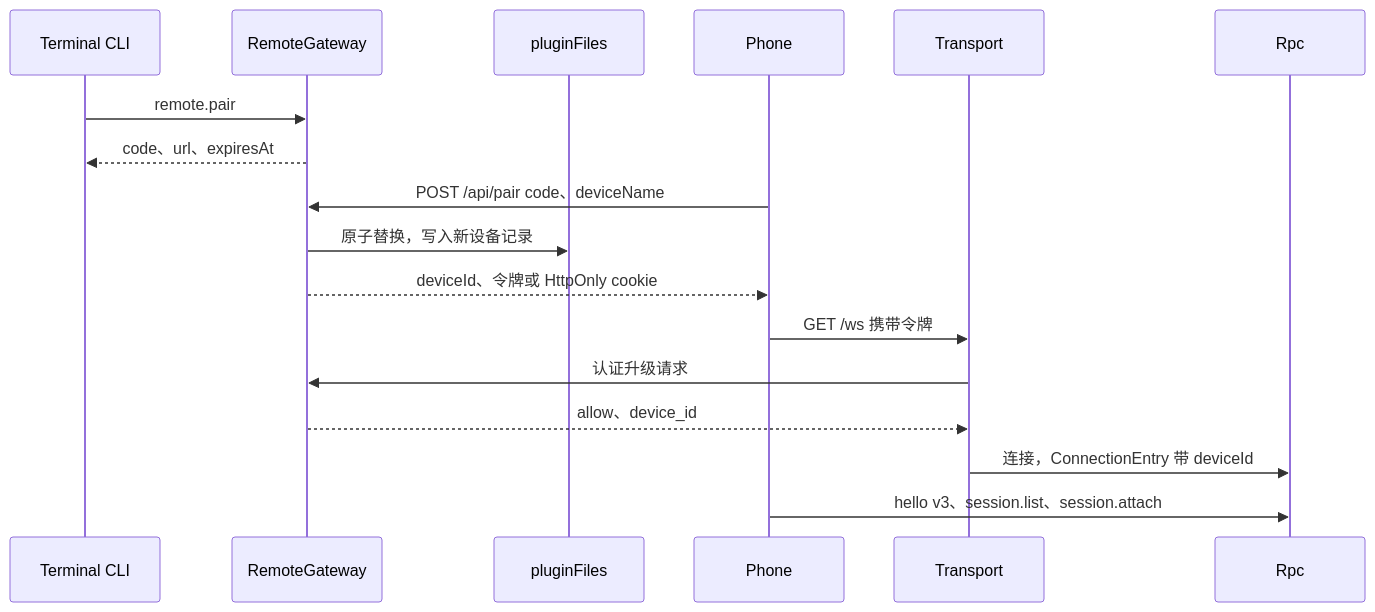
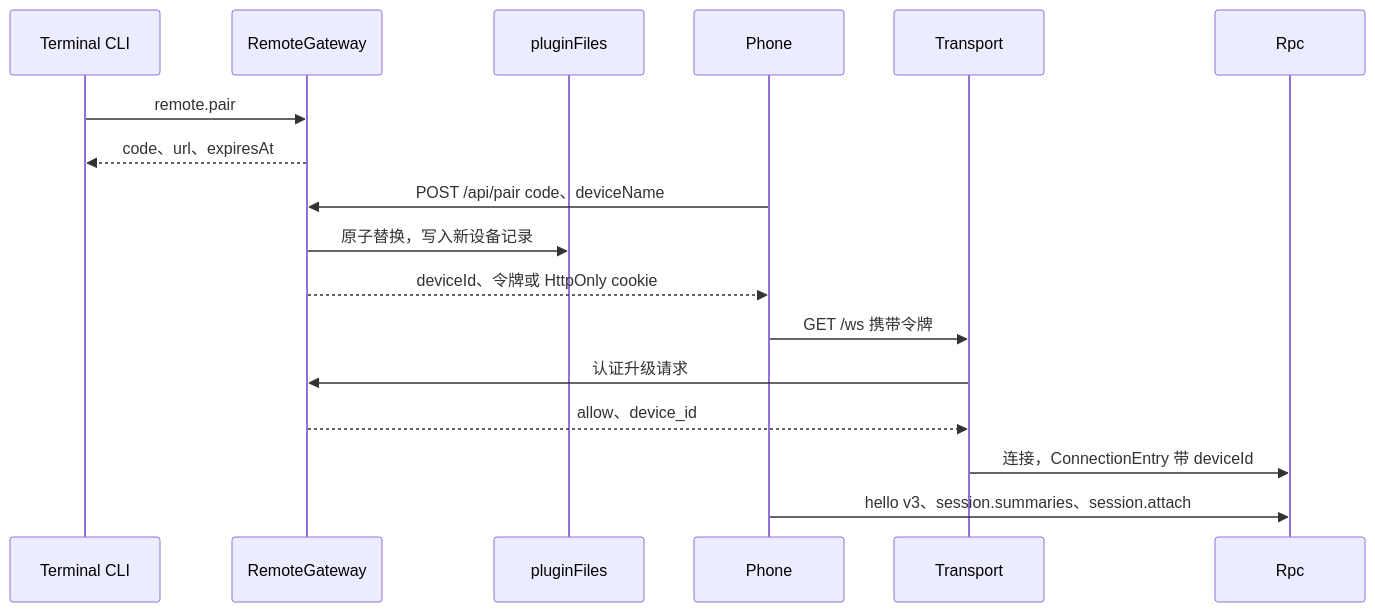
One commit to CoutinhoTTS/dim-agent changed the third of 6 diagrams in docs/zh/design/plugins/RemoteGateway.md. Above: the diagram before and after it, drawn with Mermaid. The commit also changed 50 other files, not shown here.

First line of the commit message:
Remove the unpaged session.list method

````diff
--- a/docs/zh/design/plugins/RemoteGateway.md
+++ b/docs/zh/design/plugins/RemoteGateway.md
@@ -80,19 +80,19 @@
 ```mermaid
 sequenceDiagram
   participant U as Terminal CLI
   participant RG as RemoteGateway
   participant PS as pluginFiles
   participant D as Phone
   participant T as Transport
   participant R as Rpc
   U->>RG: remote.pair
   RG-->>U: code、url、expiresAt
   D->>RG: POST /api/pair code、deviceName
   RG->>PS: 原子替换，写入新设备记录
   RG-->>D: deviceId、令牌或 HttpOnly cookie
   D->>T: GET /ws 携带令牌
   T->>RG: 认证升级请求
   RG-->>T: allow、device_id
   T->>R: 连接，ConnectionEntry 带 deviceId
-  D->>R: hello v3、session.list、session.attach
+  D->>R: hello v3、session.summaries、session.attach
 ```
````
